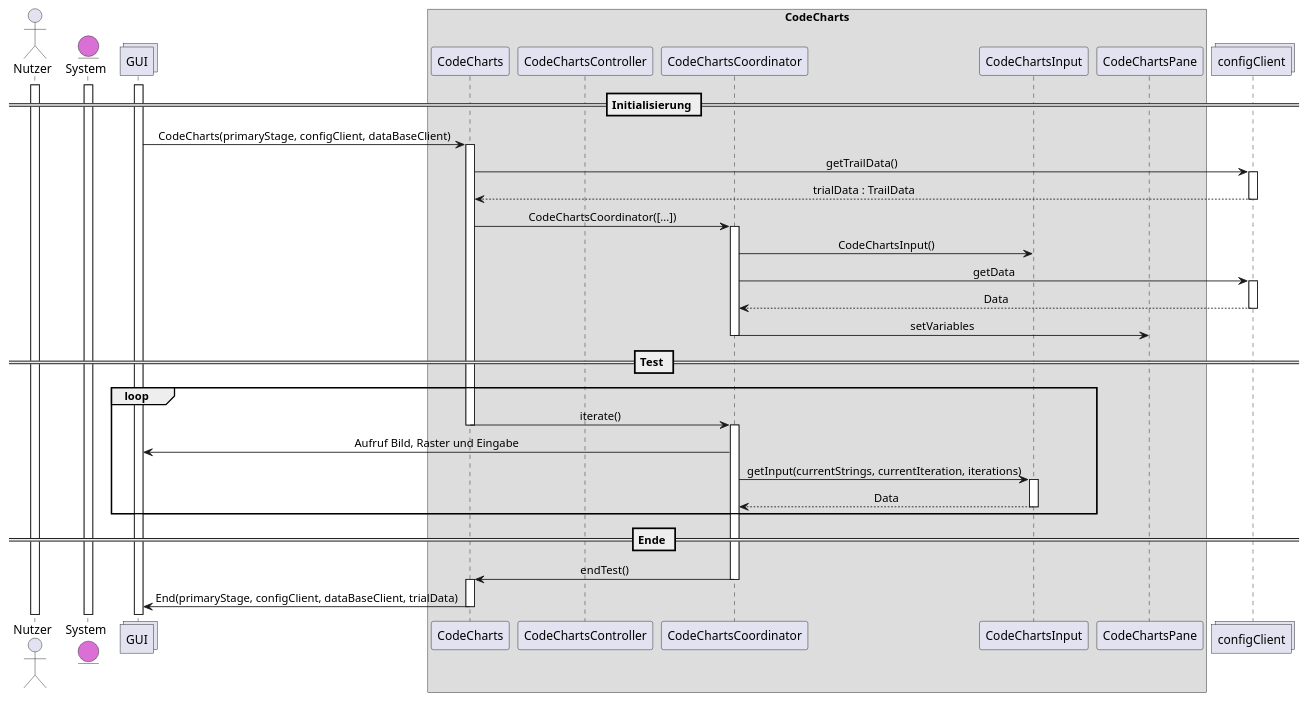
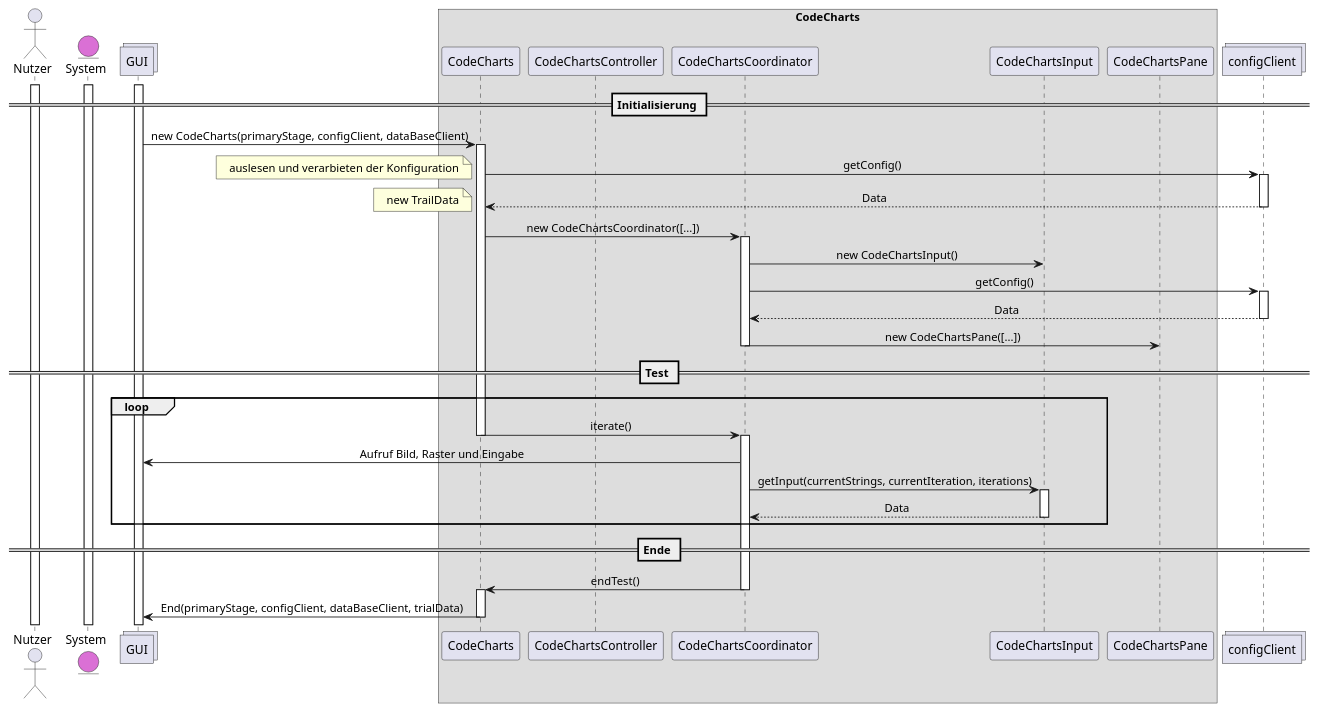
One commit to weichware-10/dokumente changed the diagram in uml-sequence/codecharts/sequenz-codecharts.puml. Above: the diagram before and after it, drawn with PlantUML.

Commit message:
[fix]CodeCharts angepasst

```diff
--- a/uml-sequence/codecharts/sequenz-codecharts.puml
+++ b/uml-sequence/codecharts/sequenz-codecharts.puml
@@ -1,59 +1,61 @@
 @startuml codecharts
 skinparam defaultTextAlignment center
 
 actor       Nutzer          as n
 entity      System          as s    #DA70D5
 collections GUI             as g
 
 box CodeCharts
 
 participant CodeCharts              as cc
 participant CodeChartsController    as ct
 participant CodeChartsCoordinator   as co
 participant CodeChartsInput         as ci
 participant CodeChartsPane          as cp
 end box
 
 collections configClient          as c
 
 activate n
 activate s
 activate g
 
 == Initialisierung ==
-g -> cc : CodeCharts(primaryStage, configClient, dataBaseClient)
+g -> cc : new CodeCharts(primaryStage, configClient, dataBaseClient)
 activate cc
-cc -> c : getTrailData()
+cc -> c : getConfig()
+note left : auslesen und verarbieten der Konfiguration
 activate c
-c --> cc : trialData : TrailData
+c --> cc : Data
+note left : new TrailData 
 deactivate c
-cc -> co : CodeChartsCoordinator([...])
+cc -> co : new CodeChartsCoordinator([...])
 activate co
-co -> ci : CodeChartsInput()
-co -> c : getData
+co -> ci : new CodeChartsInput()
+co -> c : getConfig()
 activate c
 c --> co : Data
 deactivate c
-co -> cp : setVariables
+co -> cp : new CodeChartsPane([...])
 deactivate co
 
 == Test ==
 loop
     cc -> co : iterate()
     deactivate cc
     activate co
     co -> g : Aufruf Bild, Raster und Eingabe
     co -> ci : getInput(currentStrings, currentIteration, iterations)
     activate ci
     ci --> co : Data
     deactivate ci
 end
 
 == Ende == 
 co -> cc : endTest()
 deactivate co
 activate cc
 cc -> g : End(primaryStage, configClient, dataBaseClient, trialData)
 deactivate cc
 
 @enduml
```
